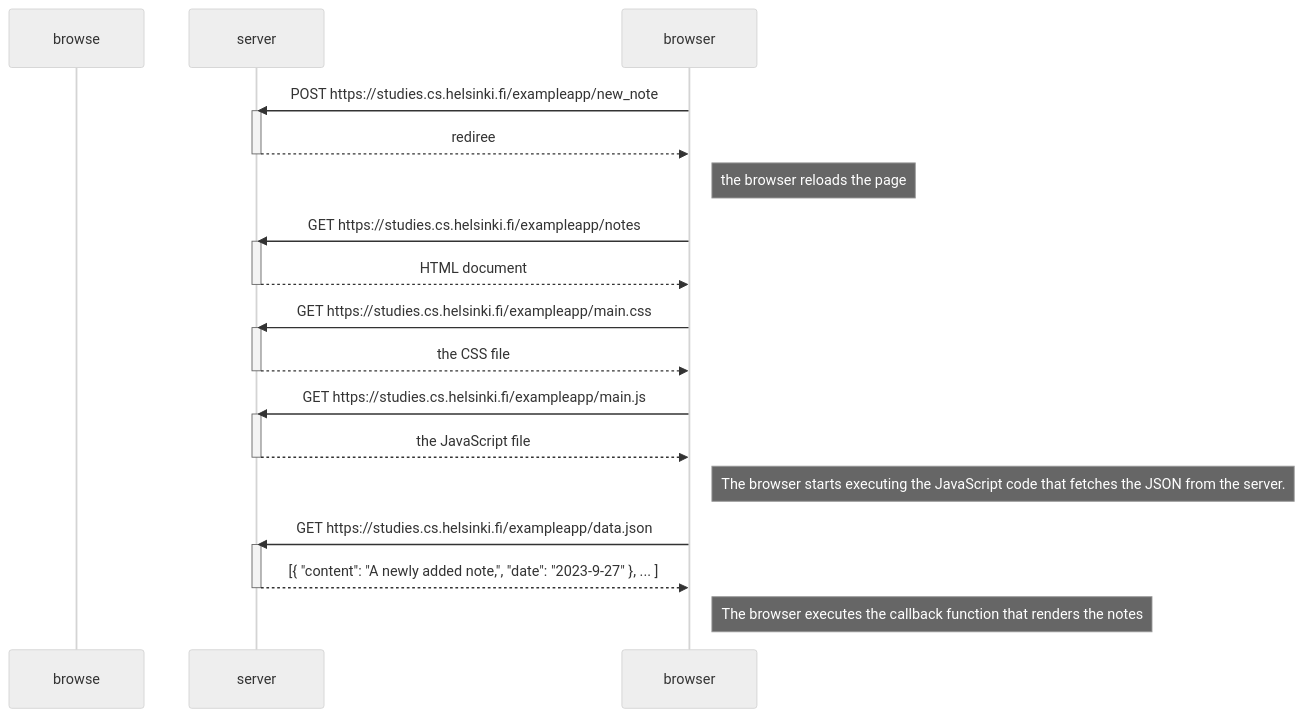
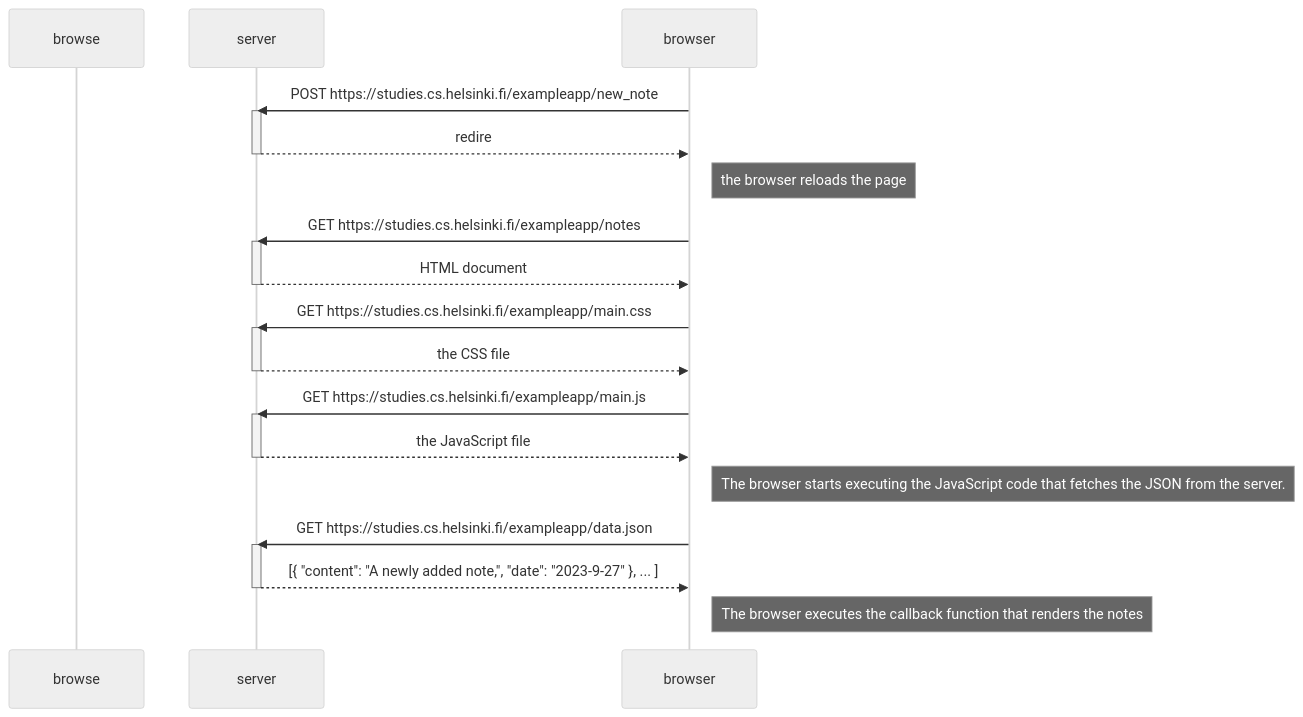
Before and after one commit to AlexanderGurnet/fullstackopen: the diagram in part0/0.4/new_note_diagram.md, drawn with Mermaid (neutral theme). The commit also changed other lines of this file, not shown here.

````diff
--- a/part0/0.4/new_note_diagram.md
+++ b/part0/0.4/new_note_diagram.md
@@ -2,35 +2,35 @@
 ```mermaid
   sequenceDiagram
     participant browse
     participant server
 
     browser->>server: POST https://studies.cs.helsinki.fi/exampleapp/new_note
     activate server
-    server-->>browser: rediree
+    server-->>browser: redire
     deactivate server
     Note right of browser: the browser reloads the page
 
     browser->>server: GET https://studies.cs.helsinki.fi/exampleapp/notes
     activate server
     server-->>browser: HTML document
     deactivate server
     
     browser->>server: GET https://studies.cs.helsinki.fi/exampleapp/main.css
     activate server
     server-->>browser: the CSS file
     deactivate server
 
     browser->>server: GET https://studies.cs.helsinki.fi/exampleapp/main.js
     activate server
     server-->>browser: the JavaScript file
     deactivate server
 
     Note right of browser: The browser starts executing the JavaScript code that fetches the JSON from the server.
 
     browser->>server: GET https://studies.cs.helsinki.fi/exampleapp/data.json
     activate server
     server-->>browser: [{ "content": "A newly added note,", "date": "2023-9-27" }, ... ]
     deactivate server
 
     Note right of browser: The browser executes the callback function that renders the notes
 ```
````
